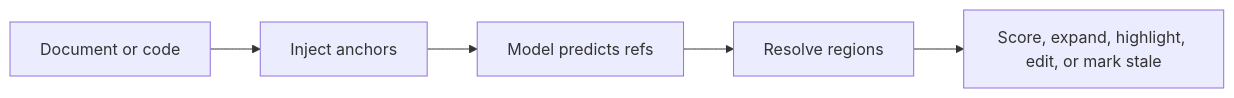
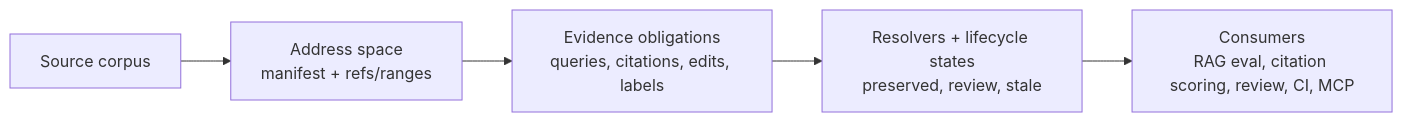
One commit to AGI-1/refmark changed the diagram in README.md. Above: the diagram before and after it, drawn with Mermaid. The commit also changed other lines of this file and 34 other files, not shown here.

Commit message:
Prepare evidence lifecycle release surface

````diff
--- a/README.md
+++ b/README.md
@@ -77,7 +84,7 @@
 ```mermaid
 flowchart LR
-  A["Document or code"] --> B["Inject anchors"]
-  B --> C["Model predicts refs"]
-  C --> D["Resolve regions"]
-  D --> E["Score, expand, highlight, edit, or mark stale"]
+  A["Source corpus"] --> B["Address space<br/>manifest + refs/ranges"]
+  B --> C["Evidence obligations<br/>queries, citations, edits, labels"]
+  C --> D["Resolvers + lifecycle states<br/>preserved, review, stale"]
+  D --> E["Consumers<br/>RAG eval, citation scoring, review, CI, MCP"]
 ```
````
